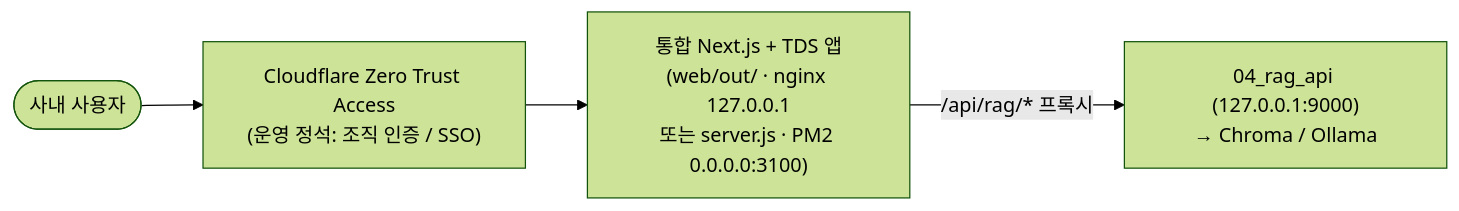
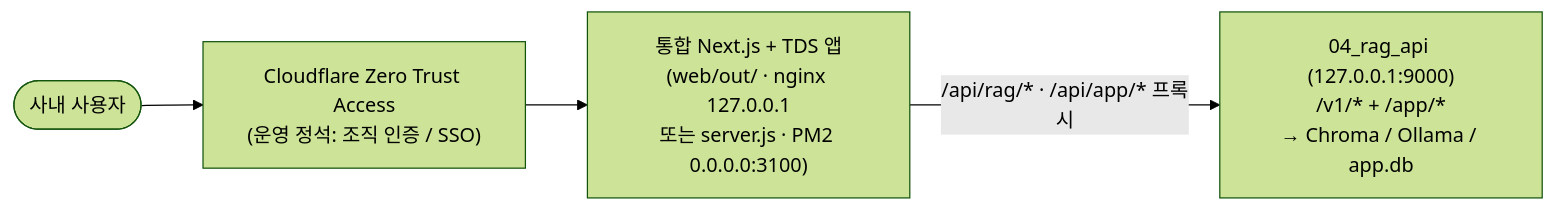
The fourth of 4 diagrams in docs/06-deployment.md (mooner92/KEIAdminSuperv), drawn with Mermaid (forest theme) before and after one commit. The commit also changed other lines of this file and 4 other files, not shown here.

````diff
--- a/docs/06-deployment.md
+++ b/docs/06-deployment.md
@@ -311,8 +349,8 @@
 ```mermaid
 flowchart LR
     USER(["사내 사용자"]) --> CF["Cloudflare Zero Trust Access<br/>(운영 정석: 조직 인증 / SSO)"]
     CF --> SITE["통합 Next.js + TDS 앱<br/>(web/out/ · nginx 127.0.0.1<br/>또는 server.js · PM2 0.0.0.0:3100)"]
-    SITE -->|/api/rag/* 프록시| RAG["04_rag_api (127.0.0.1:9000)<br/>→ Chroma / Ollama"]
+    SITE -->|/api/rag/* · /api/app/* 프록시| RAG["04_rag_api (127.0.0.1:9000)<br/>/v1/* + /app/*<br/>→ Chroma / Ollama / app.db"]
 
     classDef block fill:#fee,stroke:#c33;
 ```
````
